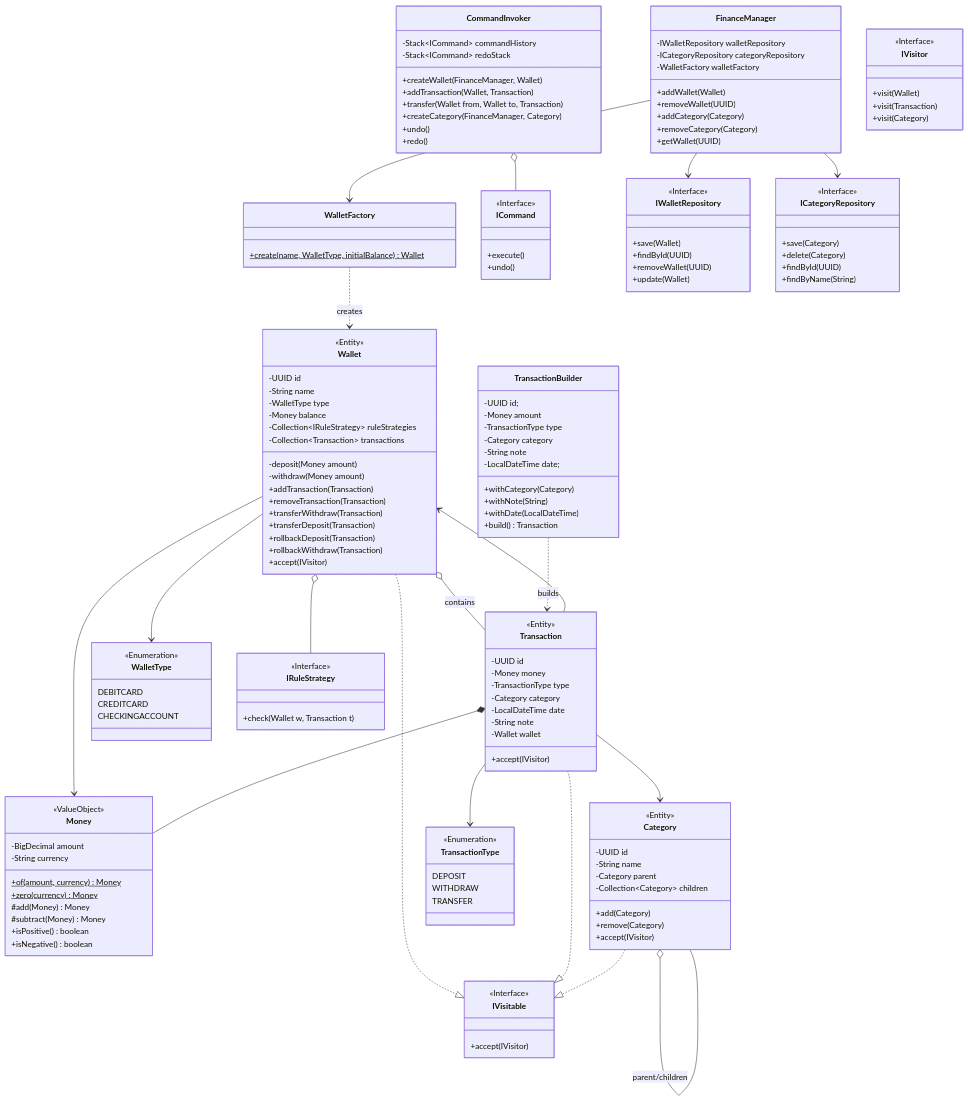
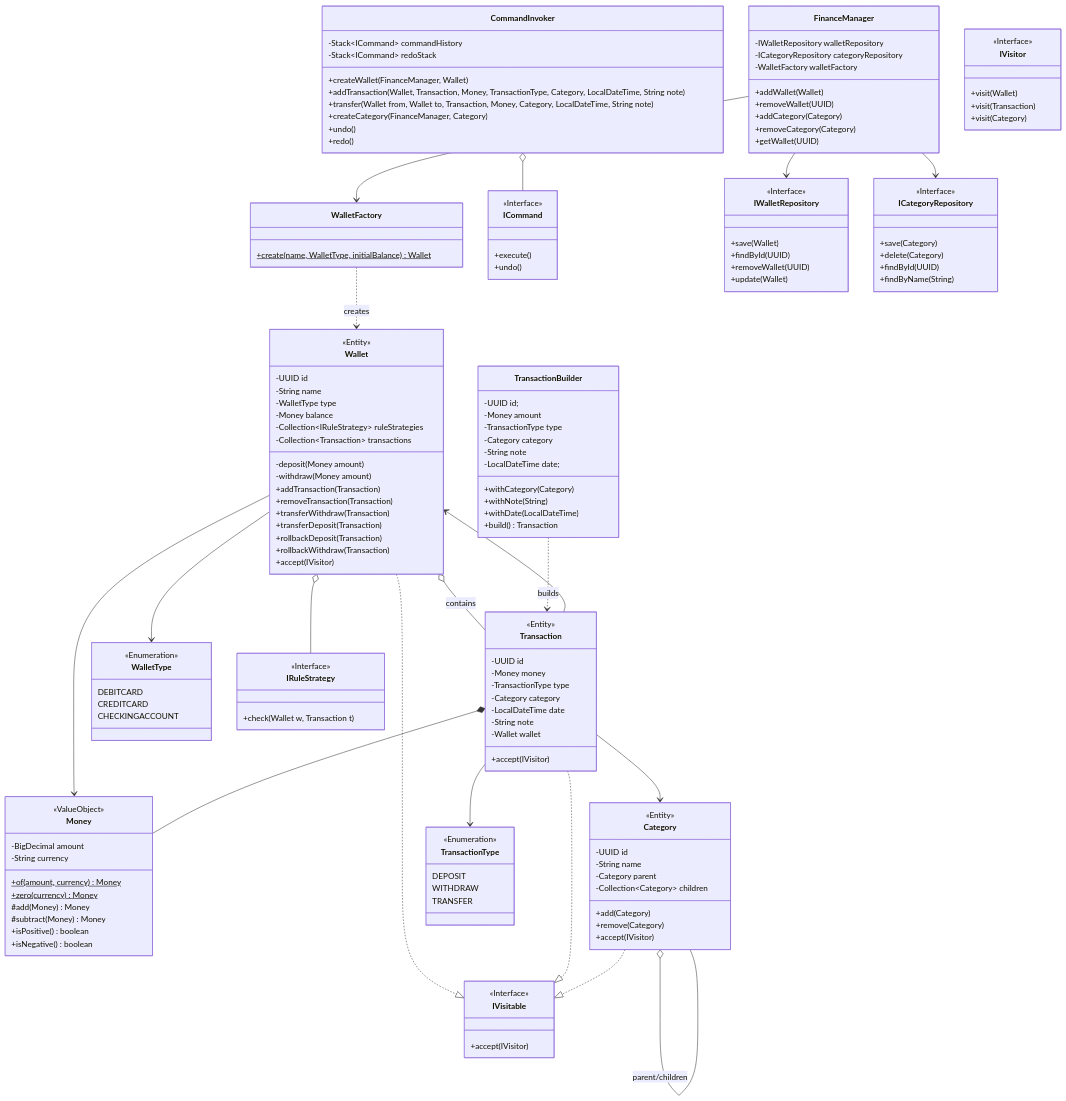
One commit to simopugliese/java-clean-finance changed the first of 5 diagrams in README.md. Above: the diagram before and after it, drawn with Mermaid. The commit also changed other lines of this file and 1 other file, not shown here.

Commit message:
MakeTransferCommand and its diagrams are now consistent

```diff
--- a/README.md
+++ b/README.md
@@ -234,8 +234,8 @@
         -Stack~ICommand~ commandHistory
         -Stack~ICommand~ redoStack
         +createWallet(FinanceManager, Wallet)
-        +addTransaction(Wallet, Transaction)
-        +transfer(Wallet from, Wallet to, Transaction)
+        +addTransaction(Wallet, Transaction, Money, TransactionType, Category, LocalDateTime, String note)
+        +transfer(Wallet from, Wallet to, Transaction, Money, Category, LocalDateTime, String note)
         +createCategory(FinanceManager, Category)
         +undo()
         +redo()
```
